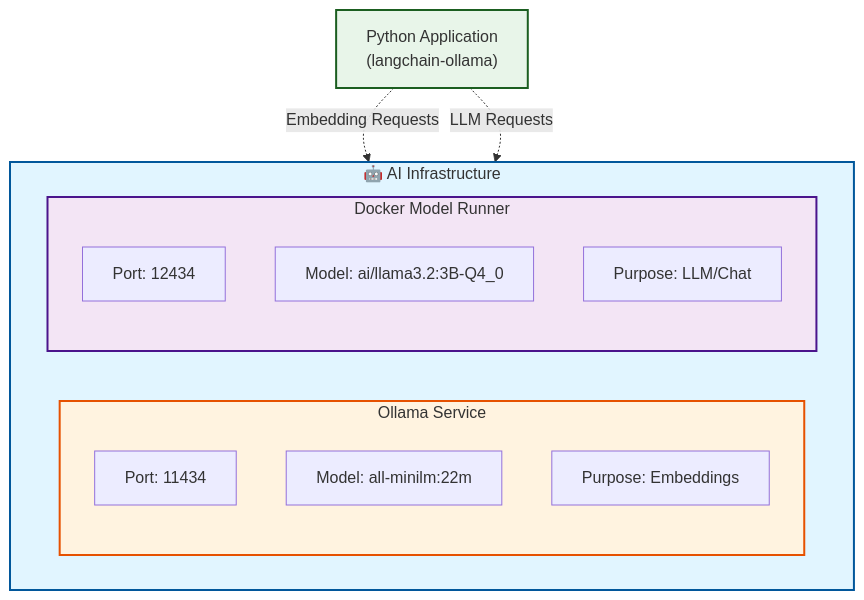
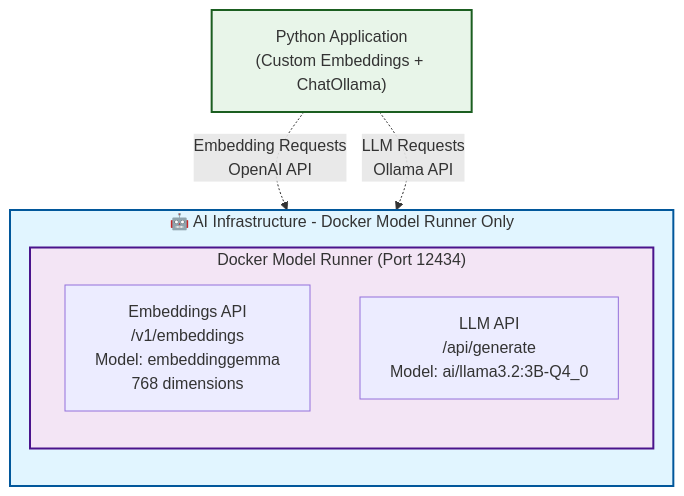
The first of 4 diagrams in README.md (Raveendiran-RR/surrealdb-rag-demo), drawn with Mermaid before and after one commit. The commit also changed other lines of this file, not shown here.

````diff
--- a/README.md
+++ b/README.md
@@ -12,25 +13,17 @@
 ```mermaid
 graph TB
-    subgraph AI["🤖 AI Infrastructure"]
-        direction LR
-        subgraph Ollama["Ollama Service"]
-            O1["Port: 11434"]
-            O2["Model: all-minilm:22m"]
-            O3["Purpose: Embeddings"]
-        end
-        
-        subgraph DMR["Docker Model Runner"]
-            D1["Port: 12434"]
-            D2["Model: ai/llama3.2:3B-Q4_0"]
-            D3["Purpose: LLM/Chat"]
+    subgraph AI["🤖 AI Infrastructure - Docker Model Runner Only"]
+        direction TB
+        subgraph DMR["Docker Model Runner (Port 12434)"]
+            D1["Embeddings API<br/>/v1/embeddings<br/>Model: embeddinggemma<br/>768 dimensions"]
+            D2["LLM API<br/>/api/generate<br/>Model: ai/llama3.2:3B-Q4_0"]
         end
     end
     
-    App["Python Application<br/>(langchain-ollama)"] -.->|Embedding Requests| Ollama
-    App -.->|LLM Requests| DMR
+    App["Python Application<br/>(Custom Embeddings + ChatOllama)"] -.->|Embedding Requests<br/>OpenAI API| D1
+    App -.->|LLM Requests<br/>Ollama API| D2
     
     style AI fill:#e1f5ff,stroke:#01579b,stroke-width:2px
-    style Ollama fill:#fff3e0,stroke:#e65100,stroke-width:2px
     style DMR fill:#f3e5f5,stroke:#4a148c,stroke-width:2px
     style App fill:#e8f5e9,stroke:#1b5e20,stroke-width:2px
 ```
````
